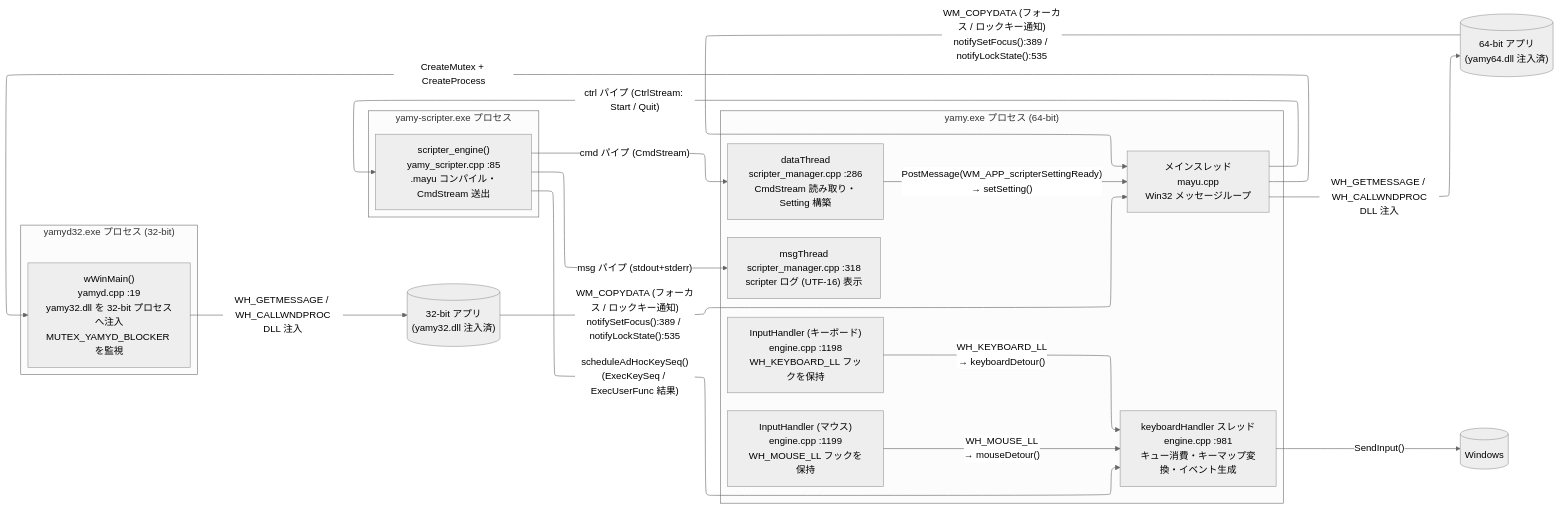
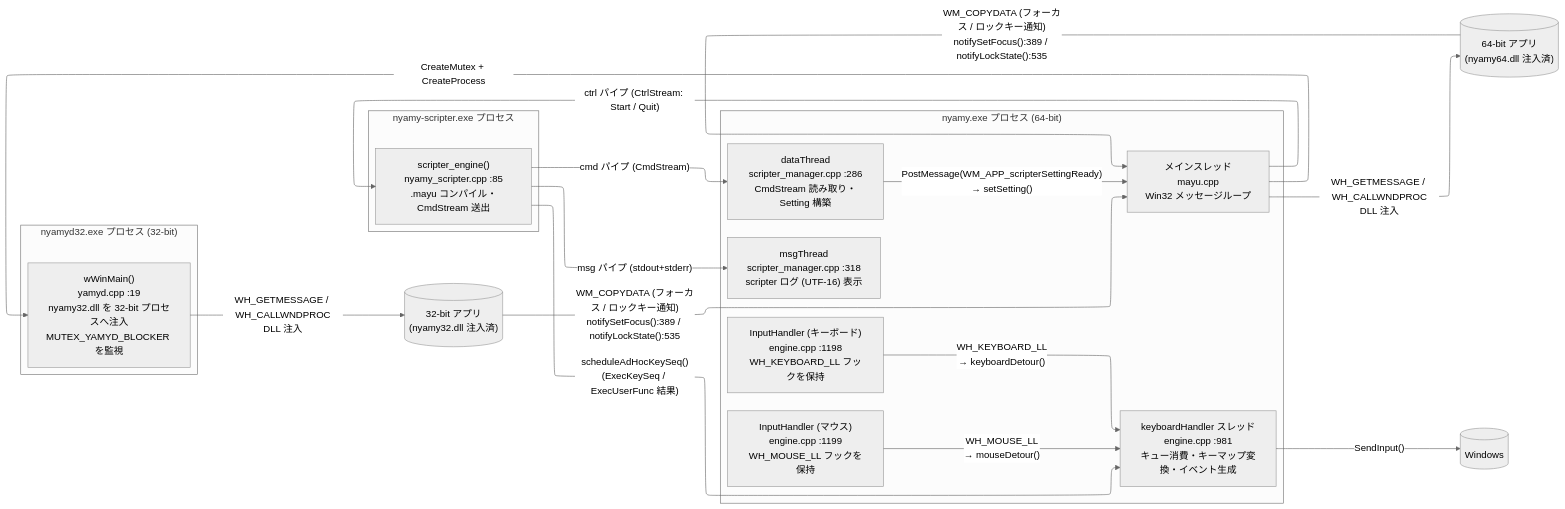
Before and after one commit to vmi/nyamy: the fifth of 5 diagrams in doc/event-flow.md, drawn with Mermaid (neutral theme). The commit also changed other lines of this file and 80 other files, not shown here.

````diff
--- a/doc/event-flow.md
+++ b/doc/event-flow.md
@@ -257,41 +257,41 @@
 ```mermaid
 ---
 config:
   layout: elk
 ---
 flowchart LR
-    subgraph proc_yamy["yamy.exe プロセス (64-bit)"]
+    subgraph proc_nyamy["nyamy.exe プロセス (64-bit)"]
         T_main["メインスレッド<br>mayu.cpp<br>Win32 メッセージループ"]
         T_kb["InputHandler (キーボード)<br>engine.cpp :1198<br>WH_KEYBOARD_LL フックを保持"]
         T_mouse["InputHandler (マウス)<br>engine.cpp :1199<br>WH_MOUSE_LL フックを保持"]
         T_handler["keyboardHandler スレッド<br>engine.cpp :981<br>キュー消費・キーマップ変換・イベント生成"]
         T_data["dataThread<br>scripter_manager.cpp :286<br>CmdStream 読み取り・Setting 構築"]
         T_msg["msgThread<br>scripter_manager.cpp :318<br>scripter ログ (UTF-16) 表示"]
     end
 
-    subgraph proc_yamyd["yamyd32.exe プロセス (32-bit)"]
-        T_yamyd["wWinMain()<br>yamyd.cpp :19<br>yamy32.dll を 32-bit プロセスへ注入<br>MUTEX_YAMYD_BLOCKER を監視"]
+    subgraph proc_nyamyd["nyamyd32.exe プロセス (32-bit)"]
+        T_nyamyd["wWinMain()<br>yamyd.cpp :19<br>nyamy32.dll を 32-bit プロセスへ注入<br>MUTEX_YAMYD_BLOCKER を監視"]
     end
 
-    subgraph proc_sc["yamy-scripter.exe プロセス"]
-        T_sc["scripter_engine()<br>yamy_scripter.cpp :85<br>.mayu コンパイル・CmdStream 送出"]
+    subgraph proc_sc["nyamy-scripter.exe プロセス"]
+        T_sc["scripter_engine()<br>nyamy_scripter.cpp :85<br>.mayu コンパイル・CmdStream 送出"]
     end
 
-    App32[("32-bit アプリ<br>(yamy32.dll 注入済)")]
-    App64[("64-bit アプリ<br>(yamy64.dll 注入済)")]
+    App32[("32-bit アプリ<br>(nyamy32.dll 注入済)")]
+    App64[("64-bit アプリ<br>(nyamy64.dll 注入済)")]
     Windows[(Windows)]
 
     T_kb -->|"WH_KEYBOARD_LL<br>→ keyboardDetour()"| T_handler
     T_mouse -->|"WH_MOUSE_LL<br>→ mouseDetour()"| T_handler
     T_handler -->|"SendInput()"| Windows
     T_data -->|"PostMessage(WM_APP_scripterSettingReady)<br>→ setSetting()"| T_main
     T_sc -->|"cmd パイプ (CmdStream)"| T_data
     T_sc -->|"msg パイプ (stdout+stderr)"| T_msg
     T_main -->|"ctrl パイプ (CtrlStream: Start / Quit)"| T_sc
-    T_main -->|"CreateMutex + CreateProcess"| T_yamyd
-    T_yamyd -->|"WH_GETMESSAGE / WH_CALLWNDPROC<br>DLL 注入"| App32
+    T_main -->|"CreateMutex + CreateProcess"| T_nyamyd
+    T_nyamyd -->|"WH_GETMESSAGE / WH_CALLWNDPROC<br>DLL 注入"| App32
     T_main -->|"WH_GETMESSAGE / WH_CALLWNDPROC<br>DLL 注入"| App64
     App32 -->|"WM_COPYDATA (フォーカス / ロックキー通知)<br>notifySetFocus():389 / notifyLockState():535"| T_main
     App64 -->|"WM_COPYDATA (フォーカス / ロックキー通知)<br>notifySetFocus():389 / notifyLockState():535"| T_main
     T_sc -->|"scheduleAdHocKeySeq()<br>(ExecKeySeq / ExecUserFunc 結果)"| T_handler
 ```
````
